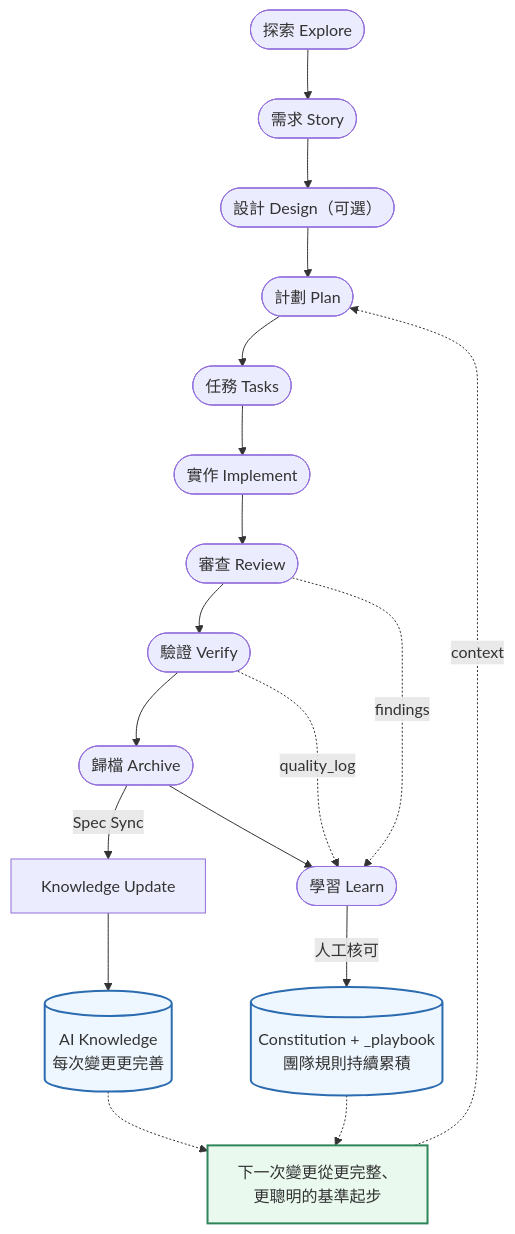
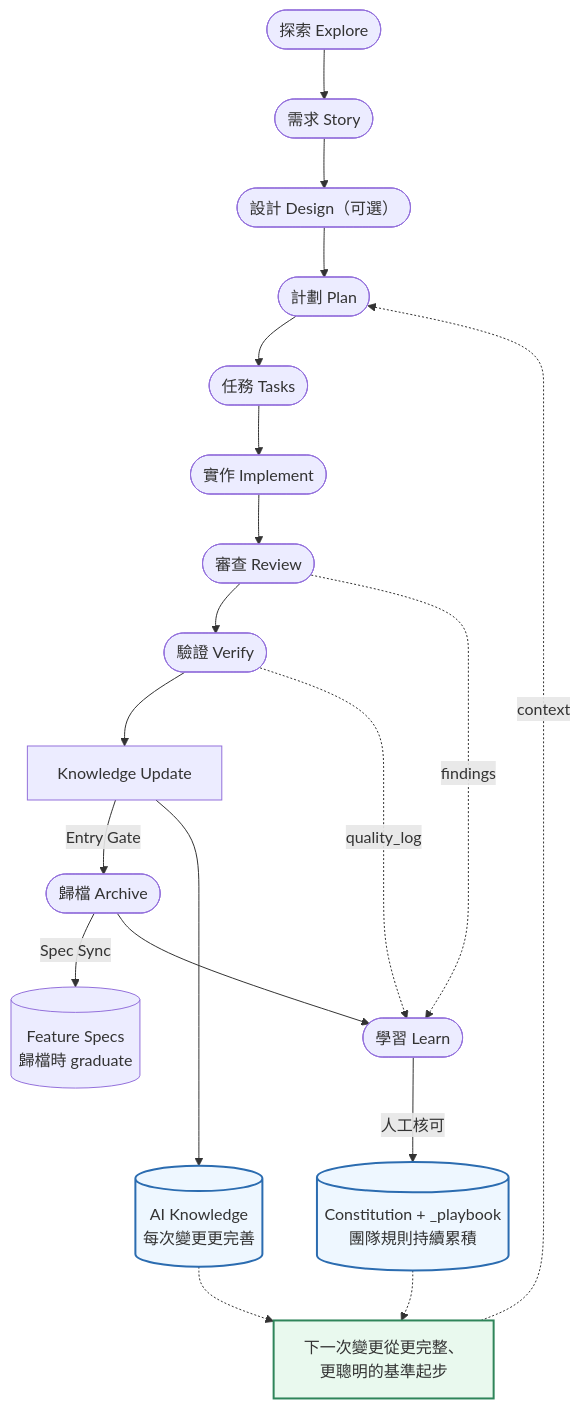
Before and after one commit to benwu95/prospec: the diagram in README.zh-TW.md, drawn with Mermaid. The commit also changed other lines of this file and 8 other files, not shown here.

First line of the commit message:
feat(templates): gate knowledge sync at archive Entry Gate (BL-038)

````diff
--- a/README.zh-TW.md
+++ b/README.zh-TW.md
@@ -248,19 +248,20 @@
 ```mermaid
 flowchart TD
-    E([探索 Explore]) --> S([需求 Story]) --> D(["設計 Design（可選）"]) --> P([計劃 Plan]) --> T([任務 Tasks]) --> I([實作 Implement]) --> R([審查 Review]) --> V([驗證 Verify]) --> A([歸檔 Archive])
+    E([探索 Explore]) --> S([需求 Story]) --> D(["設計 Design（可選）"]) --> P([計劃 Plan]) --> T([任務 Tasks]) --> I([實作 Implement]) --> R([審查 Review]) --> V([驗證 Verify]) --> KU[Knowledge Update] -- Entry Gate --> A([歸檔 Archive])
 
-    A -- Spec Sync --> KU[Knowledge Update] --> AK[("AI Knowledge<br/>每次變更更完善")]
+    KU --> AK[("AI Knowledge<br/>每次變更更完善")]
+    A -- Spec Sync --> FS[("Feature Specs<br/>歸檔時 graduate")]
     R -. findings .-> L([學習 Learn])
     V -. quality_log .-> L
     A --> L
     L -- 人工核可 --> RULES[("Constitution + _playbook<br/>團隊規則持續累積")]
 
     AK -.-> NEXT["下一次變更從更完整、<br/>更聰明的基準起步"]
     RULES -.-> NEXT
     NEXT -. context .-> P
 
     classDef asset fill:#eef7ff,stroke:#2b6cb0,stroke-width:2px;
     classDef gain fill:#e9f9ee,stroke:#2f855a,stroke-width:2px;
     class AK,RULES asset;
     class NEXT gain;
 ```
````
